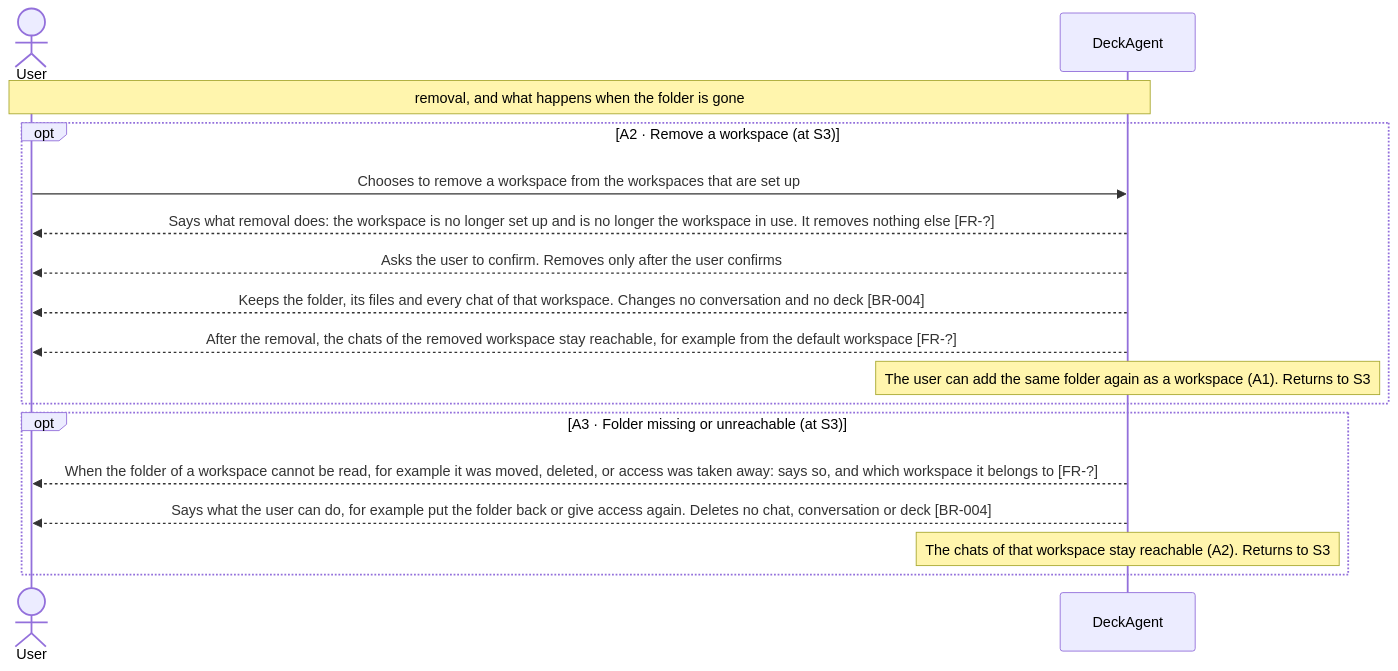
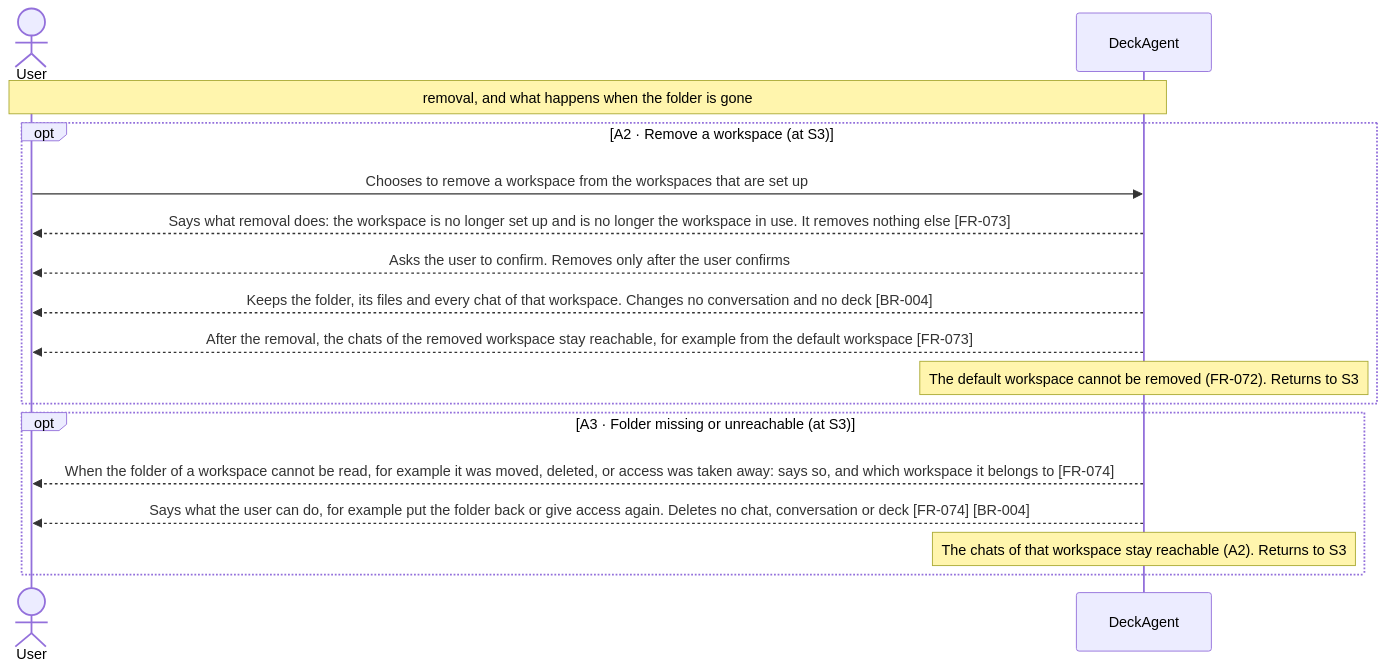
The second of 2 diagrams in docs/spec/03-use-cases/UC-013.md (Luke23127006/DeckAgent), drawn with Mermaid before and after one commit. The commit also changed other lines of this file and 128 other files, not shown here.

````diff
--- a/docs/spec/03-use-cases/UC-013.md
+++ b/docs/spec/03-use-cases/UC-013.md
@@ -70,19 +70,19 @@
 ```mermaid
 sequenceDiagram
     actor User
     participant DeckAgent
     Note over User,DeckAgent: removal, and what happens when the folder is gone
     opt A2 · Remove a workspace (at S3)
         User->>DeckAgent: Chooses to remove a workspace from the workspaces that are set up
-        DeckAgent-->>User: Says what removal does: the workspace is no longer set up and is no longer the workspace in use. It removes nothing else [FR-?]
+        DeckAgent-->>User: Says what removal does: the workspace is no longer set up and is no longer the workspace in use. It removes nothing else [FR-073]
         DeckAgent-->>User: Asks the user to confirm. Removes only after the user confirms
         DeckAgent-->>User: Keeps the folder, its files and every chat of that workspace. Changes no conversation and no deck [BR-004]
-        DeckAgent-->>User: After the removal, the chats of the removed workspace stay reachable, for example from the default workspace [FR-?]
-        note over DeckAgent: The user can add the same folder again as a workspace (A1). Returns to S3
+        DeckAgent-->>User: After the removal, the chats of the removed workspace stay reachable, for example from the default workspace [FR-073]
+        note over DeckAgent: The default workspace cannot be removed (FR-072). Returns to S3
     end
     opt A3 · Folder missing or unreachable (at S3)
-        DeckAgent-->>User: When the folder of a workspace cannot be read, for example it was moved, deleted, or access was taken away: says so, and which workspace it belongs to [FR-?]
-        DeckAgent-->>User: Says what the user can do, for example put the folder back or give access again. Deletes no chat, conversation or deck [BR-004]
+        DeckAgent-->>User: When the folder of a workspace cannot be read, for example it was moved, deleted, or access was taken away: says so, and which workspace it belongs to [FR-074]
+        DeckAgent-->>User: Says what the user can do, for example put the folder back or give access again. Deletes no chat, conversation or deck [FR-074] [BR-004]
         note over DeckAgent: The chats of that workspace stay reachable (A2). Returns to S3
     end
 ```
````
